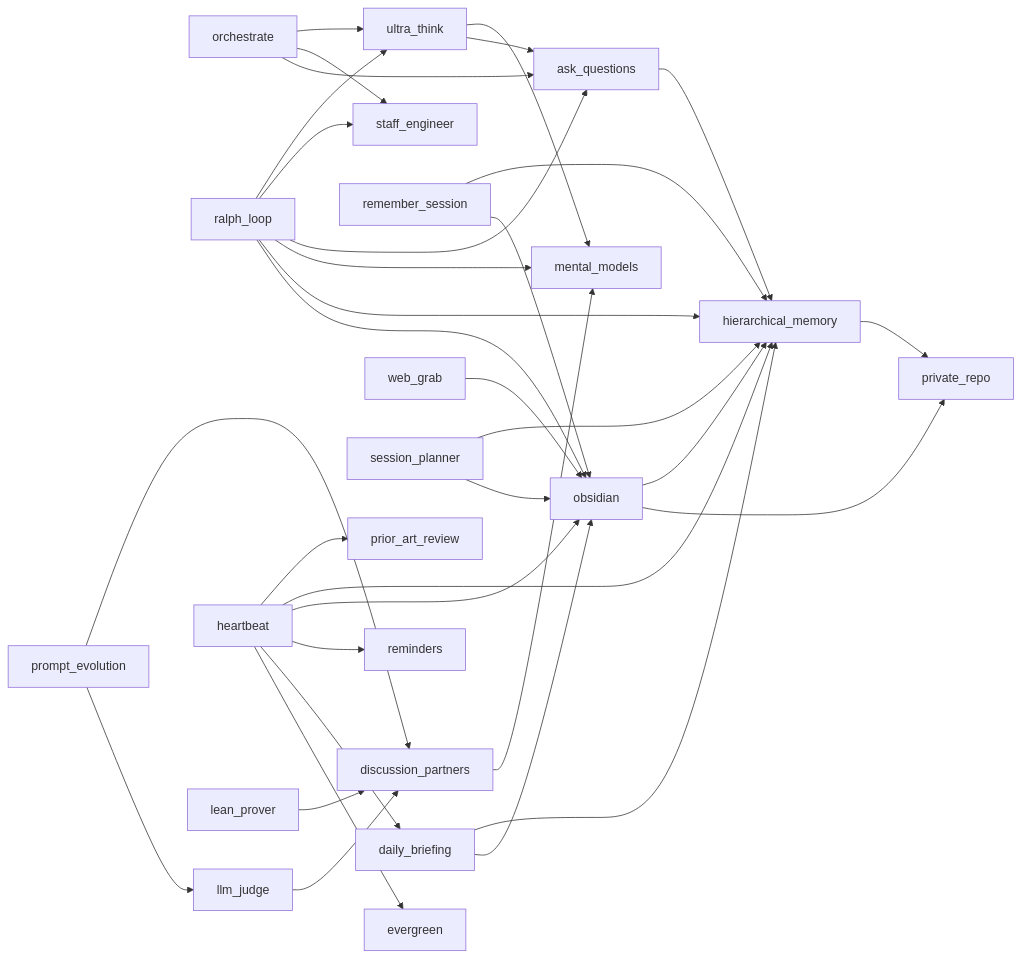
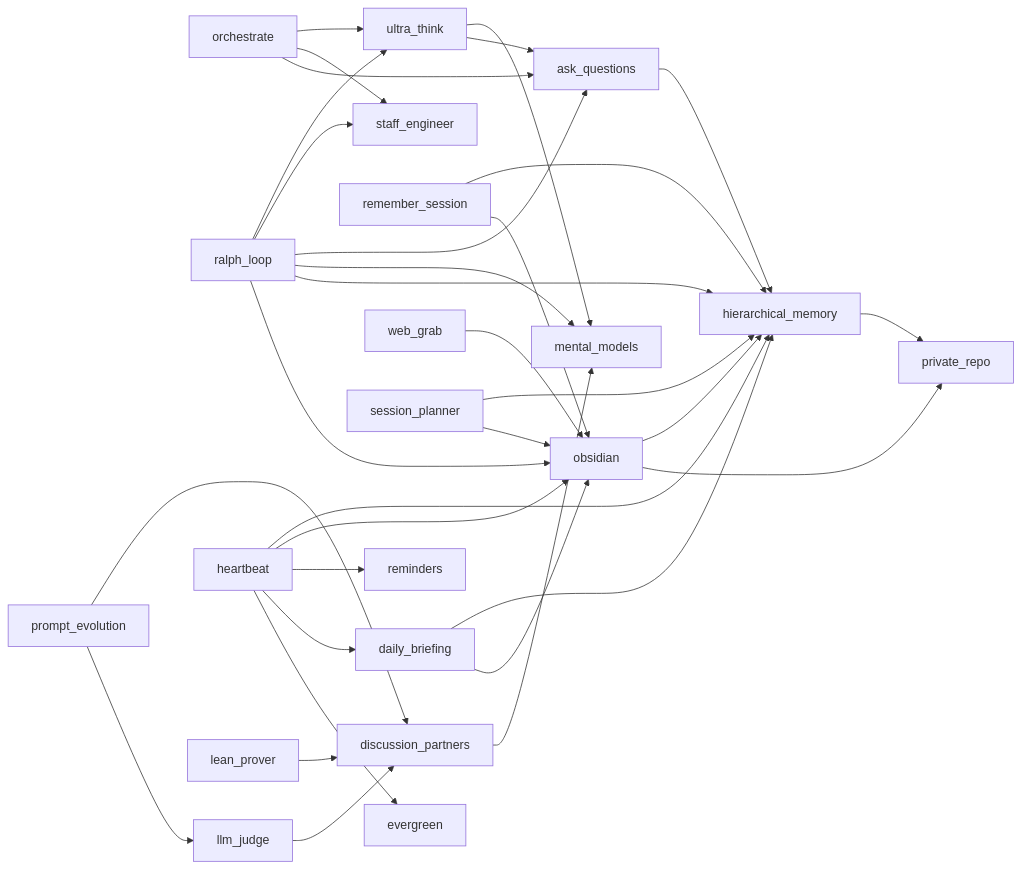
The diagram in README.md (zachmayer/skills), drawn with Mermaid before and after one commit. The commit also changed 2 other files, not shown here.

Commit message:
Revise prior_art_review skill per review feedback #167
- Add allowed-tools to frontmatter for standalone use
- Add structured PRIOR ART SUMMARY output format
- Revert heartbeat SKILL.md changes (v6 rewrite handles this)
- Remove heartbeat --> prior_art_review graph edge from README
- Close PR #170 as superseded

````diff
--- a/README.md
+++ b/README.md
@@ -99,36 +99,35 @@
 ```mermaid
 graph LR
     orchestrate --> ultra_think
     orchestrate --> staff_engineer
     orchestrate --> ask_questions
     ralph_loop --> ultra_think
     ralph_loop --> staff_engineer
     ralph_loop --> ask_questions
     ralph_loop --> mental_models
     ralph_loop --> hierarchical_memory
     ralph_loop --> obsidian
     ultra_think --> mental_models
     ultra_think --> ask_questions
     ask_questions --> hierarchical_memory
     prompt_evolution --> discussion_partners
     prompt_evolution --> llm_judge
     llm_judge --> discussion_partners
     discussion_partners --> mental_models
     remember_session --> hierarchical_memory
     remember_session --> obsidian
-    heartbeat --> prior_art_review
     heartbeat --> hierarchical_memory
     heartbeat --> obsidian
     heartbeat --> reminders
     heartbeat --> daily_briefing
     heartbeat --> evergreen
     obsidian --> hierarchical_memory
     obsidian --> private_repo
     hierarchical_memory --> private_repo
     web_grab --> obsidian
     lean_prover --> discussion_partners
     session_planner --> hierarchical_memory
     session_planner --> obsidian
     daily_briefing --> hierarchical_memory
     daily_briefing --> obsidian
 ```
````
